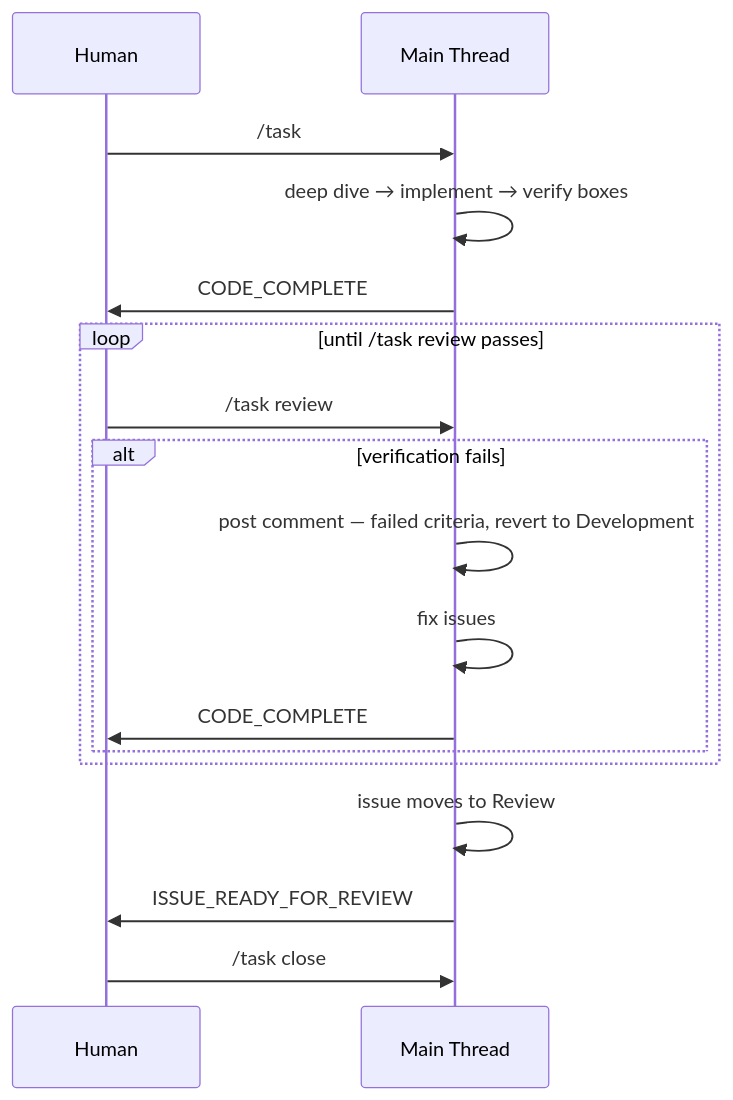
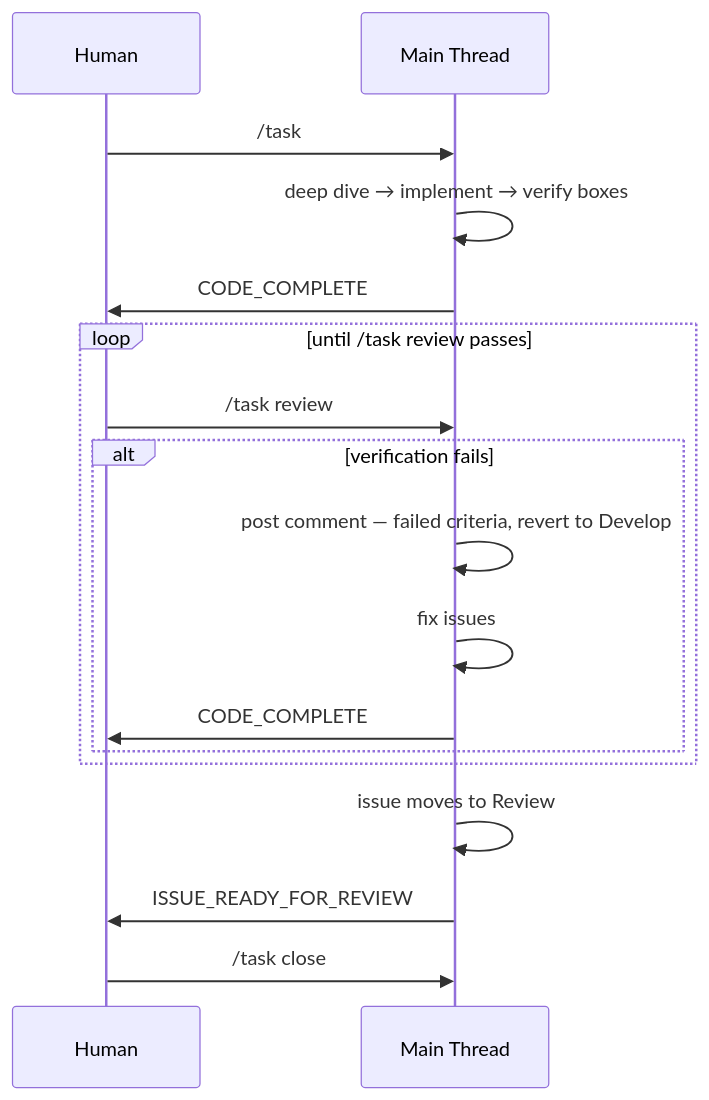
The second of 4 diagrams in docs/QUICKSTART.md (kburson/ai-task-manager), drawn with Mermaid before and after one commit. The commit also changed other lines of this file and 15 other files, not shown here.

````diff
--- a/docs/QUICKSTART.md
+++ b/docs/QUICKSTART.md
@@ -82,22 +82,22 @@
 ```mermaid
 sequenceDiagram
     participant H as Human
     participant T as Main Thread
 
     H->>T: /task #N
     T->>T: deep dive → implement → verify boxes
     T->>H: CODE_COMPLETE
 
     loop until /task review passes
         H->>T: /task review #N
         alt verification fails
-            T->>T: post comment — failed criteria, revert to Development
+            T->>T: post comment — failed criteria, revert to Develop
             T->>T: fix issues
             T->>H: CODE_COMPLETE
         end
     end
 
     T->>T: issue moves to Review
     T->>H: ISSUE_READY_FOR_REVIEW
     H->>T: /task close #N
 ```
````
